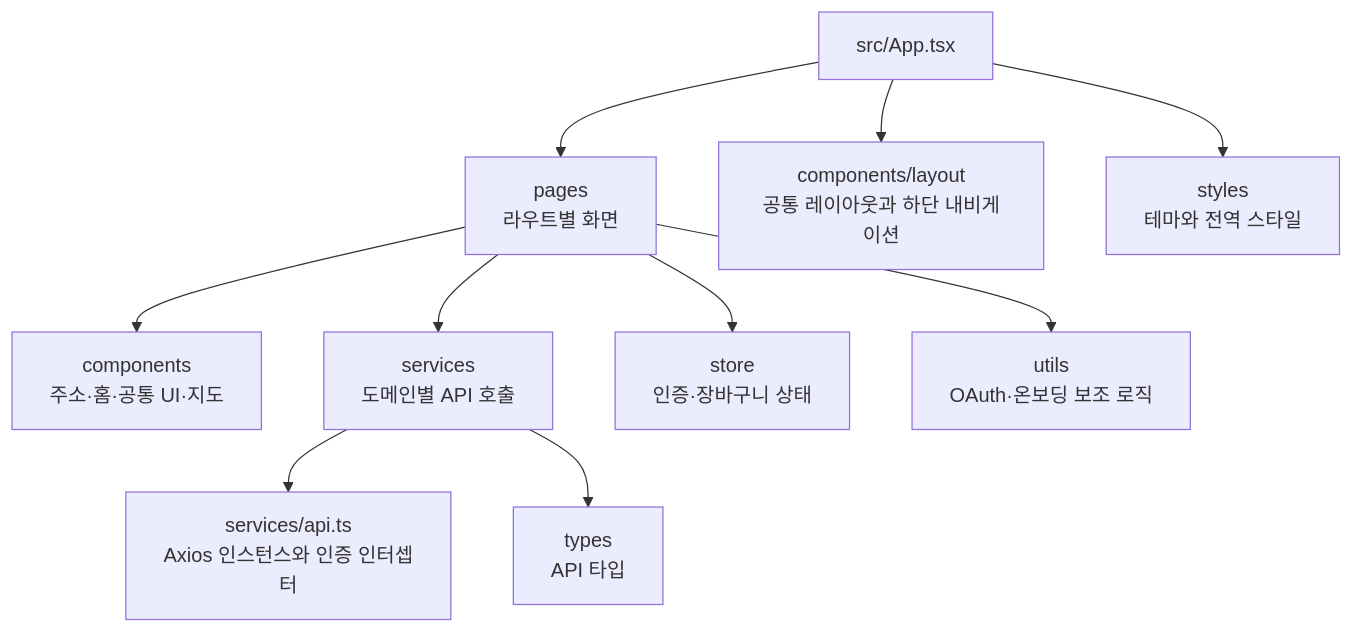
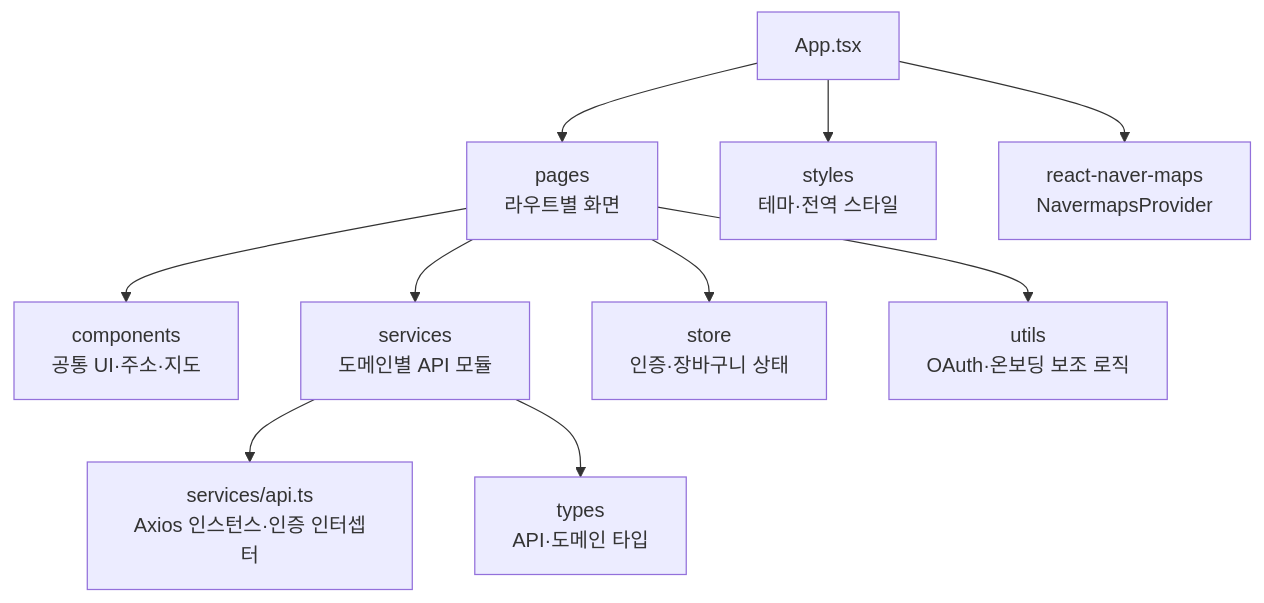
Before and after one commit to Picance/SmartMealTable-Front: the diagram in README.md, drawn with Mermaid. The commit also changed other lines of this file, not shown here.

````diff
--- a/README.md
+++ b/README.md
@@ -38,12 +38,12 @@
 ```mermaid
 flowchart TD
-    app["src/App.tsx"] --> pages["pages\n라우트별 화면"]
-    app --> layout["components/layout\n공통 레이아웃과 하단 내비게이션"]
-    pages --> featureComponents["components\n주소·홈·공통 UI·지도"]
-    pages --> services["services\n도메인별 API 호출"]
-    services --> api["services/api.ts\nAxios 인스턴스와 인증 인터셉터"]
-    pages --> stores["store\n인증·장바구니 상태"]
-    app --> styles["styles\n테마와 전역 스타일"]
-    services --> types["types\nAPI 타입"]
-    pages --> utils["utils\nOAuth·온보딩 보조 로직"]
+    app["App.tsx"] --> pages["pages<br/>라우트별 화면"]
+    app --> styles["styles<br/>테마·전역 스타일"]
+    app --> maps["react-naver-maps<br/>NavermapsProvider"]
+    pages --> components["components<br/>공통 UI·주소·지도"]
+    pages --> services["services<br/>도메인별 API 모듈"]
+    pages --> stores["store<br/>인증·장바구니 상태"]
+    pages --> utils["utils<br/>OAuth·온보딩 보조 로직"]
+    services --> api["services/api.ts<br/>Axios 인스턴스·인증 인터셉터"]
+    services --> types["types<br/>API·도메인 타입"]
 ```
````
